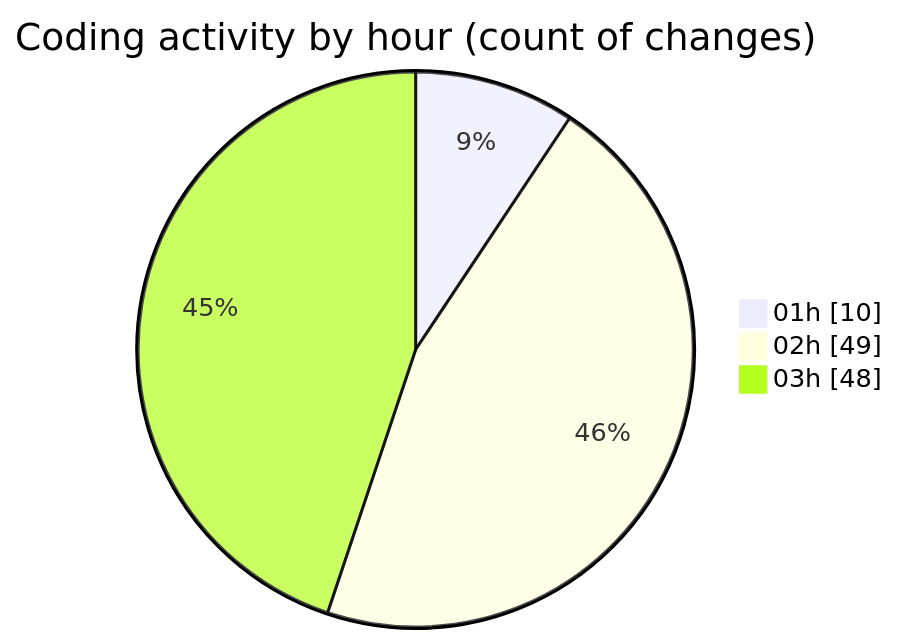
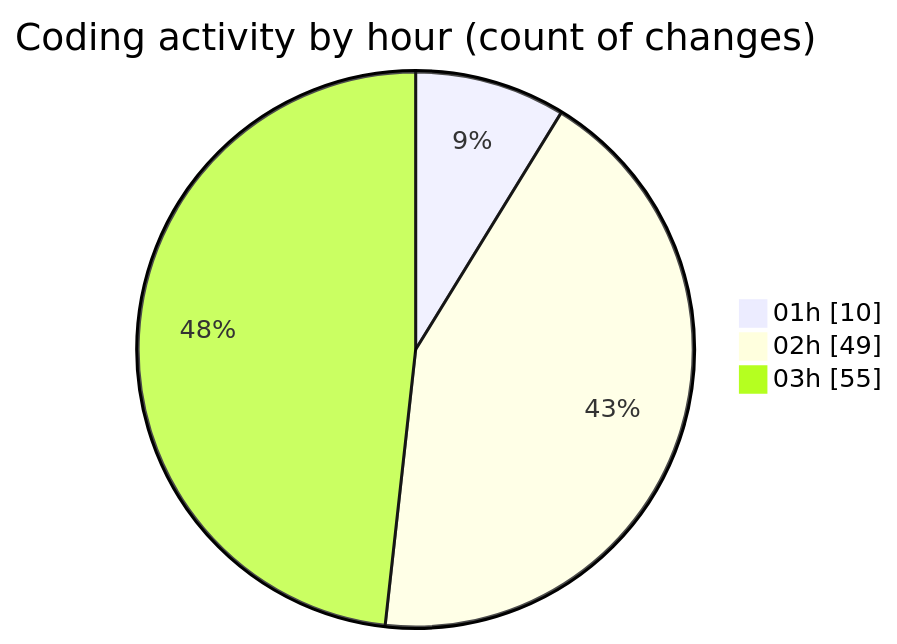
Before and after one commit to julien-gomy/code-tracking: the second of 2 diagrams in 2025-11-21/eventscop-frontend-guide__workspace_/README.md, drawn with Mermaid. The commit also changed other lines of this file and 1 other file, not shown here.

````diff
--- a/2025-11-21/eventscop-frontend-guide__workspace_/README.md
+++ b/2025-11-21/eventscop-frontend-guide__workspace_/README.md
@@ -68,7 +69,7 @@
 ```mermaid
 pie showData
 title Coding activity by hour (count of changes)
 "01h" : 10
 "02h" : 49
-"03h" : 48
+"03h" : 55
 ```
````
